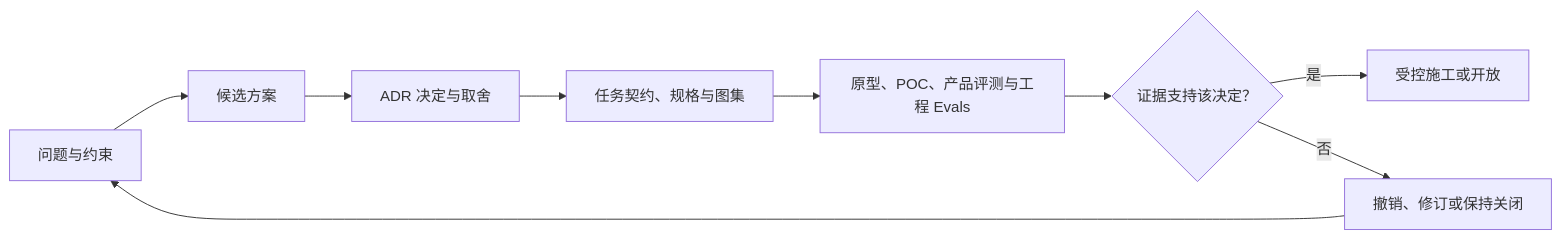
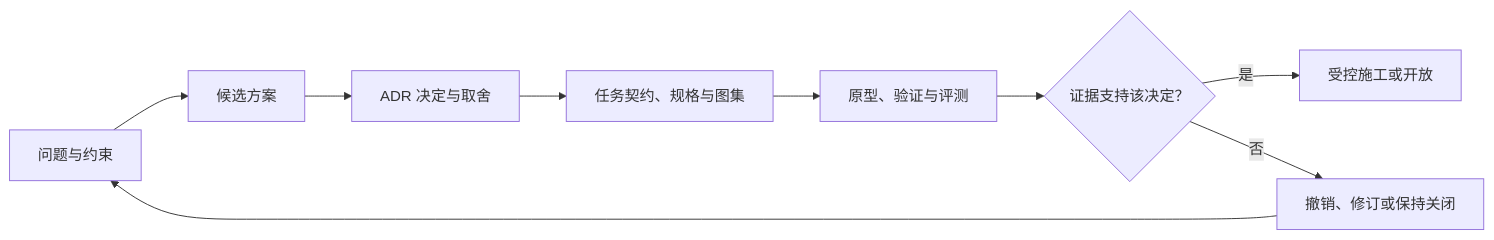
Before and after one commit to weiz98417-crypto/qiuqiu: the second of 3 diagrams in docs/球球全套资料/8.附录/附录J-架构决策记录.md, drawn with Mermaid. The commit also changed other lines of this file and 19 other files, not shown here.

````diff
--- a/docs/球球全套资料/8.附录/附录J-架构决策记录.md
+++ b/docs/球球全套资料/8.附录/附录J-架构决策记录.md
@@ -246,11 +78,11 @@
 ```mermaid
 flowchart LR
     A[问题与约束] --> B[候选方案]
     B --> C[ADR 决定与取舍]
     C --> D[任务契约、规格与图集]
-    D --> E[原型、POC、产品评测与工程 Evals]
+    D --> E[原型、验证与评测]
     E --> F{证据支持该决定？}
     F -->|是| G[受控施工或开放]
     F -->|否| H[撤销、修订或保持关闭]
     H --> A
 ```
````
